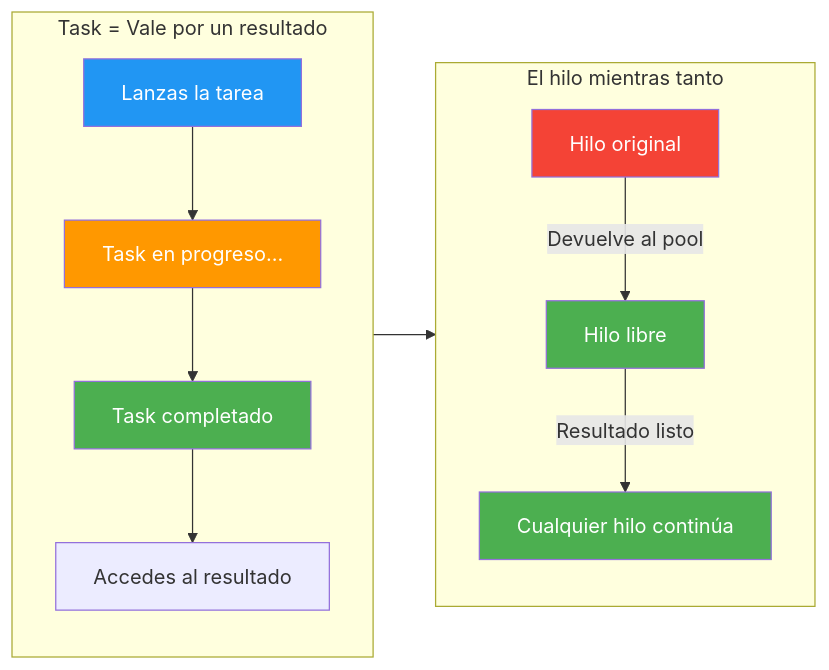
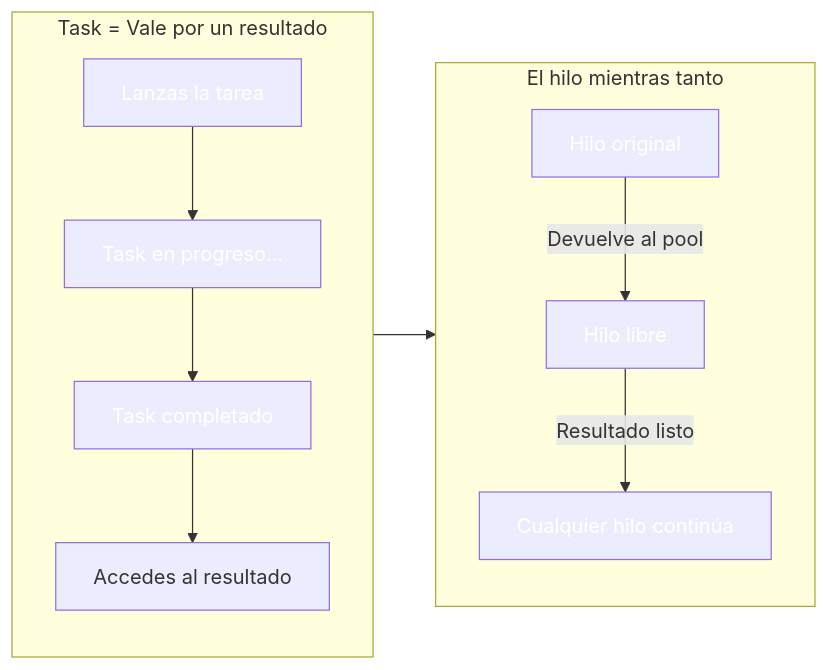
The eighth of 21 diagrams in 16-concurrencia-asincronia.md (joseluisgs/DesarrolloWebEntornosServidor-01-2026-2027), drawn with Mermaid before and after one commit. The commit also changed other lines of this file and 66 other files, not shown here.

First line of the commit message:
fix: normalizar titulos al castellano de frase y corregir la paleta de mermaid

````diff
--- a/16-concurrencia-asincronia.md
+++ b/16-concurrencia-asincronia.md
@@ -400,22 +400,22 @@
 ```mermaid
 graph LR
     subgraph TAREA["Task = Vale por un resultado"]
         A["Lanzas la tarea"] --> B["Task en progreso..."]
         B --> C["Task completado"]
         C --> D["Accedes al resultado"]
     end
 
     subgraph HILO["El hilo mientras tanto"]
         E["Hilo original"] -->|"Devuelve al pool"| F["Hilo libre"]
         F -->|"Resultado listo"| G["Cualquier hilo continúa"]
     end
 
     TAREA --> HILO
 
-    style A fill:#2196F3,color:#fff
-    style B fill:#FF9800,color:#fff
-    style C fill:#4CAF50,color:#fff
-    style E fill:#f44336,color:#fff
-    style F fill:#4CAF50,color:#fff
-    style G fill:#4CAF50,color:#fff
+    style A fill:#2196F,color:#fff3,color:#fff
+    style B fill:#FF980,color:#fff0,color:#fff
+    style C fill:#4CAF5,color:#fff0,color:#fff
+    style E fill:#f4433,color:#fff6,color:#fff
+    style F fill:#4CAF5,color:#fff0,color:#fff
+    style G fill:#4CAF5,color:#fff0,color:#fff
 ```
````
